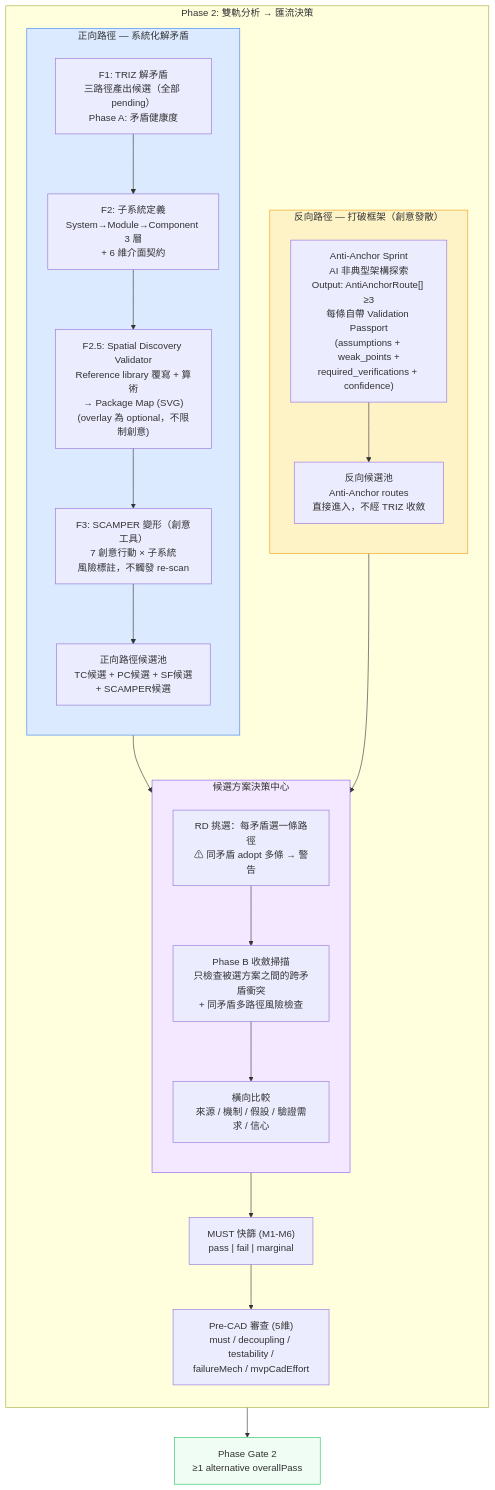
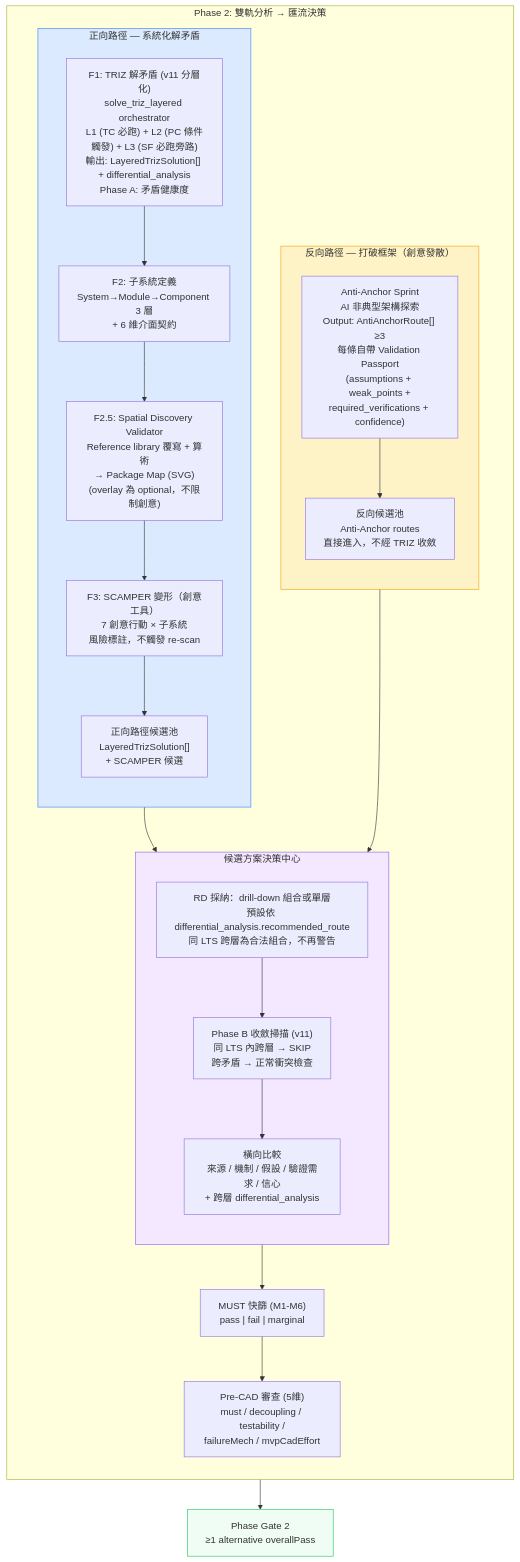
One commit to JIA-HONG-CHU/design-copilot-blueprint changed the first of 6 diagrams in docs/diagrams/triz-to-scamper-flow.md. Above: the diagram before and after it, drawn with Mermaid. The commit also changed other lines of this file and 3 other files, not shown here.

````diff
--- a/docs/diagrams/triz-to-scamper-flow.md
+++ b/docs/diagrams/triz-to-scamper-flow.md
@@ -47,46 +66,46 @@
 ```mermaid
 flowchart TB
     subgraph Phase2["Phase 2: 雙軌分析 → 匯流決策"]
         direction TB
 
         subgraph REVERSE["反向路徑 — 打破框架（創意發散）"]
             direction TB
             R1["Anti-Anchor Sprint<br/>AI 非典型架構探索<br/>Output: AntiAnchorRoute[] ≥3<br/>每條自帶 Validation Passport<br/>(assumptions + weak_points +<br/>required_verifications + confidence)"]
             RP["反向候選池<br/>Anti-Anchor routes<br/>直接進入，不經 TRIZ 收斂"]
             R1 --> RP
         end
 
         subgraph FORWARD["正向路徑 — 系統化解矛盾"]
             direction TB
-            F1["F1: TRIZ 解矛盾<br/>三路徑產出候選（全部 pending）<br/>Phase A: 矛盾健康度"]
+            F1["F1: TRIZ 解矛盾 (v11 分層化)<br/>solve_triz_layered orchestrator<br/>L1 (TC 必跑) + L2 (PC 條件觸發) + L3 (SF 必跑旁路)<br/>輸出: LayeredTrizSolution[] + differential_analysis<br/>Phase A: 矛盾健康度"]
             F2["F2: 子系統定義<br/>System→Module→Component 3 層<br/>+ 6 維介面契約"]
             F2S["F2.5: Spatial Discovery Validator<br/>Reference library 覆寫 + 算術<br/>→ Package Map (SVG)<br/>(overlay 為 optional，不限制創意)"]
             F3["F3: SCAMPER 變形（創意工具）<br/>7 創意行動 × 子系統<br/>風險標註，不觸發 re-scan"]
-            FP["正向路徑候選池<br/>TC候選 + PC候選 + SF候選<br/>+ SCAMPER候選"]
+            FP["正向路徑候選池<br/>LayeredTrizSolution[]<br/>+ SCAMPER 候選"]
             F1 --> F2 --> F2S --> F3 --> FP
         end
 
         subgraph HUB["候選方案決策中心"]
             direction TB
-            SELECT["RD 挑選：每矛盾選一條路徑<br/>⚠ 同矛盾 adopt 多條 → 警告"]
-            PHASE_B["Phase B 收斂掃描<br/>只檢查被選方案之間的跨矛盾衝突<br/>+ 同矛盾多路徑風險檢查"]
-            COMPARE["橫向比較<br/>來源 / 機制 / 假設 / 驗證需求 / 信心"]
+            SELECT["RD 採納：drill-down 組合或單層<br/>預設依 differential_analysis.recommended_route<br/>同 LTS 跨層為合法組合，不再警告"]
+            PHASE_B["Phase B 收斂掃描 (v11)<br/>同 LTS 內跨層 → SKIP<br/>跨矛盾 → 正常衝突檢查"]
+            COMPARE["橫向比較<br/>來源 / 機制 / 假設 / 驗證需求 / 信心<br/>+ 跨層 differential_analysis"]
             SELECT --> PHASE_B --> COMPARE
         end
 
         RP --> SELECT
         FP --> SELECT
 
         MUST["MUST 快篩 (M1-M6)<br/>pass | fail | marginal"]
         PRECAD["Pre-CAD 審查 (5維)<br/>must / decoupling / testability /<br/>failureMech / mvpCadEffort"]
         COMPARE --> MUST --> PRECAD
     end
 
     GATE["Phase Gate 2<br/>≥1 alternative overallPass"]
     PRECAD --> GATE
 
     style REVERSE fill:#FEF3C7,stroke:#F59E0B
     style FORWARD fill:#DBEAFE,stroke:#3B82F6
     style HUB fill:#F3E8FF,stroke:#8B5CF6
     style GATE fill:#F0FDF4,stroke:#22C55E
 ```
````
